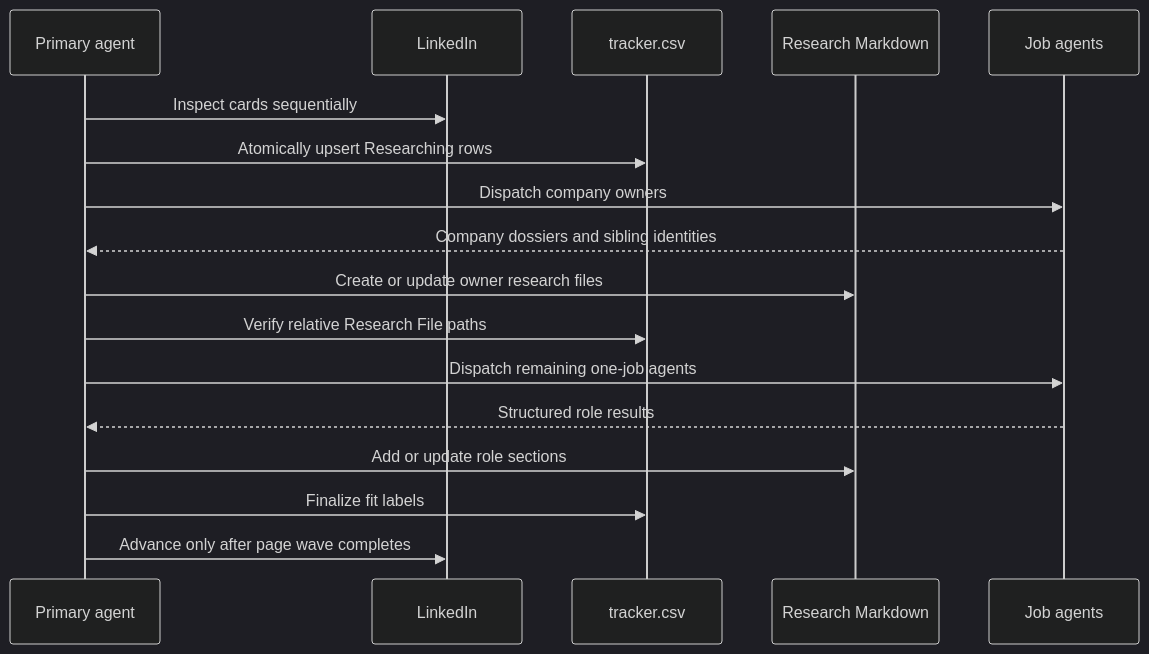
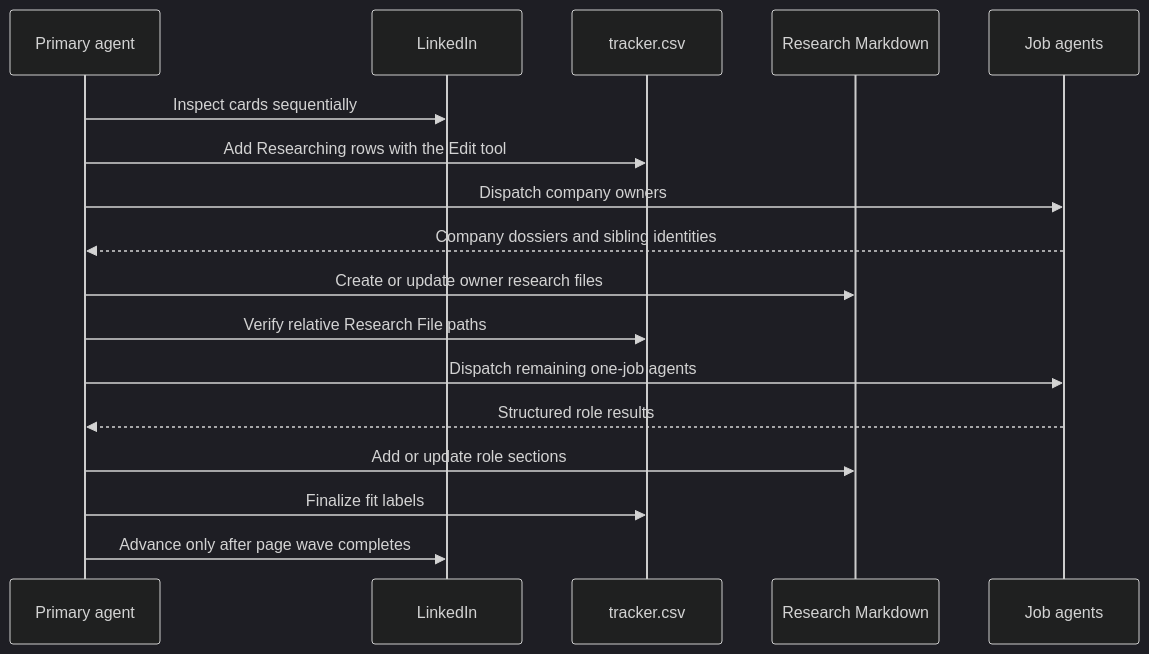
One commit to fsw0422/skills changed the second of 2 diagrams in linkedin-job-pilot/references/subagent-orchestration.md. Above: the diagram before and after it, drawn with Mermaid (dark theme). The commit also changed 7 other files, not shown here.

```diff
--- a/linkedin-job-pilot/references/subagent-orchestration.md
+++ b/linkedin-job-pilot/references/subagent-orchestration.md
@@ -37,19 +37,19 @@
 ~~~mermaid
 sequenceDiagram
     participant P as Primary agent
     participant L as LinkedIn
     participant C as tracker.csv
     participant M as Research Markdown
     participant R as Job agents
     P->>L: Inspect cards sequentially
-    P->>C: Atomically upsert Researching rows
+    P->>C: Add Researching rows with the Edit tool
     P->>R: Dispatch company owners
     R-->>P: Company dossiers and sibling identities
     P->>M: Create or update owner research files
     P->>C: Verify relative Research File paths
     P->>R: Dispatch remaining one-job agents
     R-->>P: Structured role results
     P->>M: Add or update role sections
     P->>C: Finalize fit labels
     P->>L: Advance only after page wave completes
 ~~~
```
